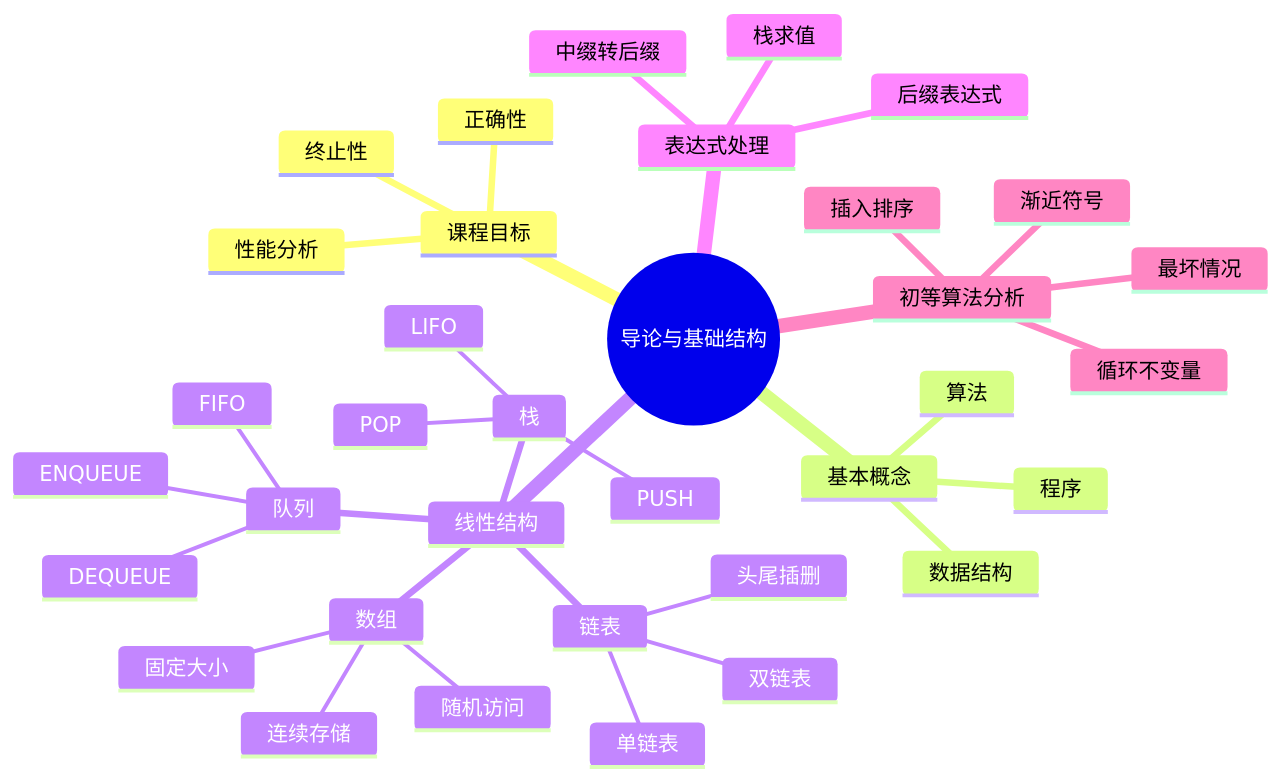
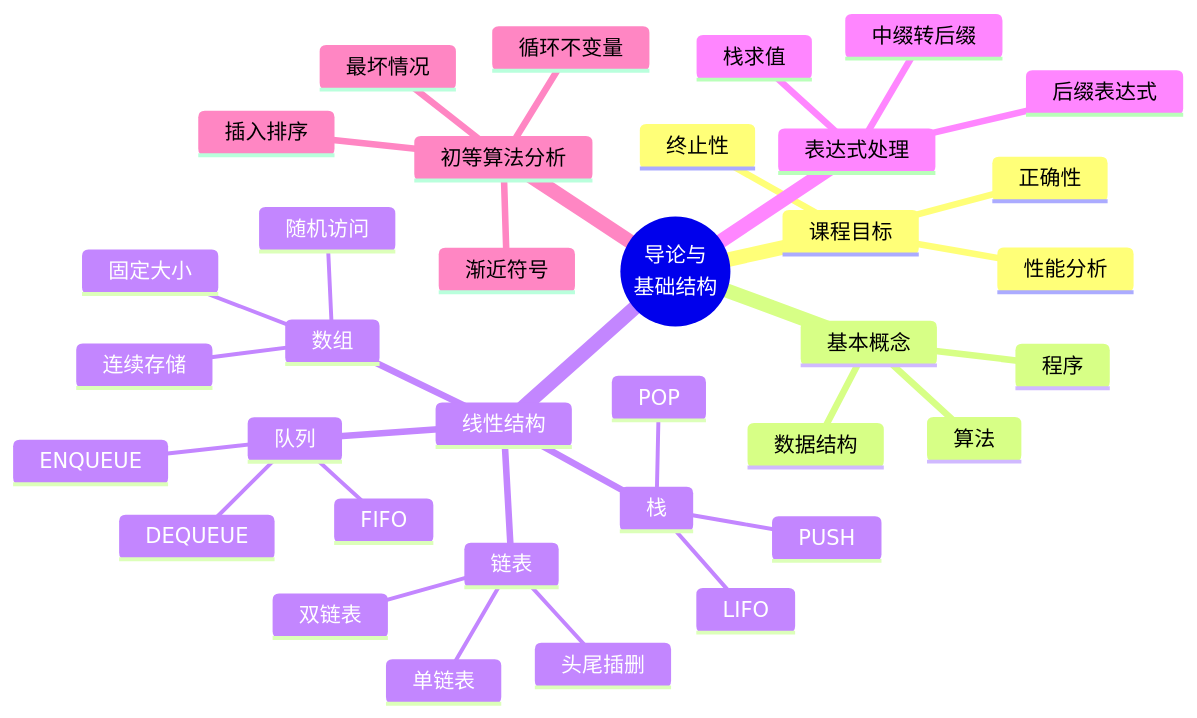
The diagram in 算法与数据结构/01-导论_基本数据结构_复杂度.md (hadanice/OpenDS), drawn with Mermaid before and after one commit. The commit also changed other lines of this file, not shown here.

````diff
--- a/算法与数据结构/01-导论_基本数据结构_复杂度.md
+++ b/算法与数据结构/01-导论_基本数据结构_复杂度.md
@@ -5,38 +5,39 @@
 ```mermaid
 mindmap
-  root((导论与基础结构))
+  root((导论与
+  基础结构))
     课程目标
       正确性
       终止性
       性能分析
     基本概念
       数据结构
       算法
       程序
     线性结构
       数组
         固定大小
         连续存储
         随机访问
       链表
         单链表
         双链表
         头尾插删
       栈
         LIFO
         PUSH
         POP
       队列
         FIFO
         ENQUEUE
         DEQUEUE
     表达式处理
       后缀表达式
       栈求值
       中缀转后缀
     初等算法分析
       插入排序
       循环不变量
       最坏情况
       渐近符号
 ```
````
